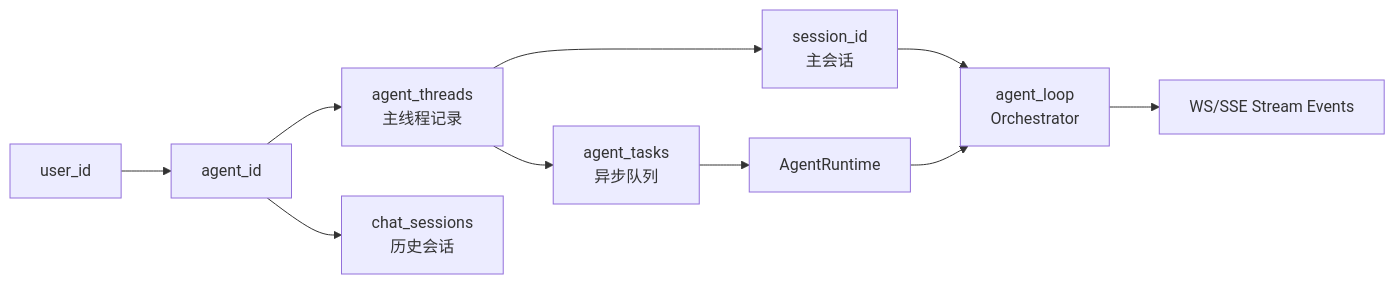
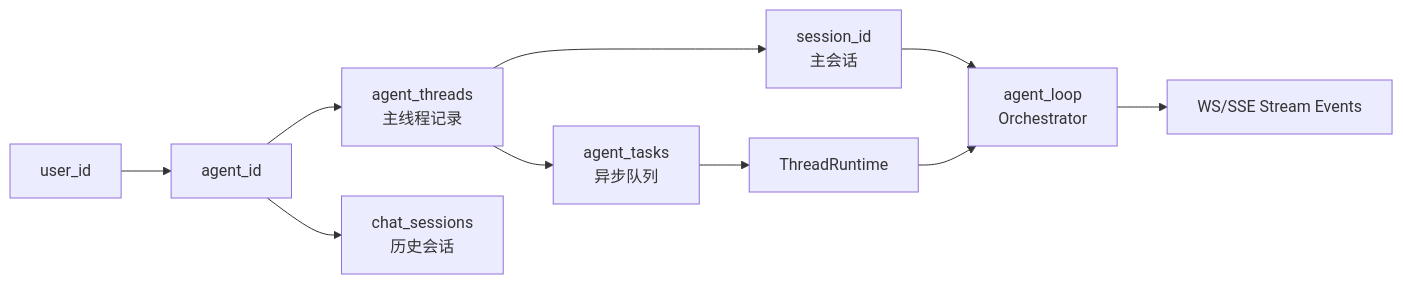
Before and after one commit to ylsdamxssjxxdd/wunder: the diagram in docs/设计方案.md, drawn with Mermaid. The commit also changed other lines of this file and 71 other files, not shown here.

````diff
--- a/docs/设计方案.md
+++ b/docs/设计方案.md
@@ -89,12 +89,12 @@
 ```mermaid
 flowchart LR
   U[user_id] --> A[agent_id]
   A --> T[agent_threads<br/>主线程记录]
   T --> S[session_id<br/>主会话]
   A --> H[chat_sessions<br/>历史会话]
   S --> L[agent_loop<br/>Orchestrator]
   L --> E[WS/SSE Stream Events]
   T --> Q[agent_tasks<br/>异步队列]
-  Q --> R[AgentRuntime]
+  Q --> R[ThreadRuntime]
   R --> L
 ```
````
